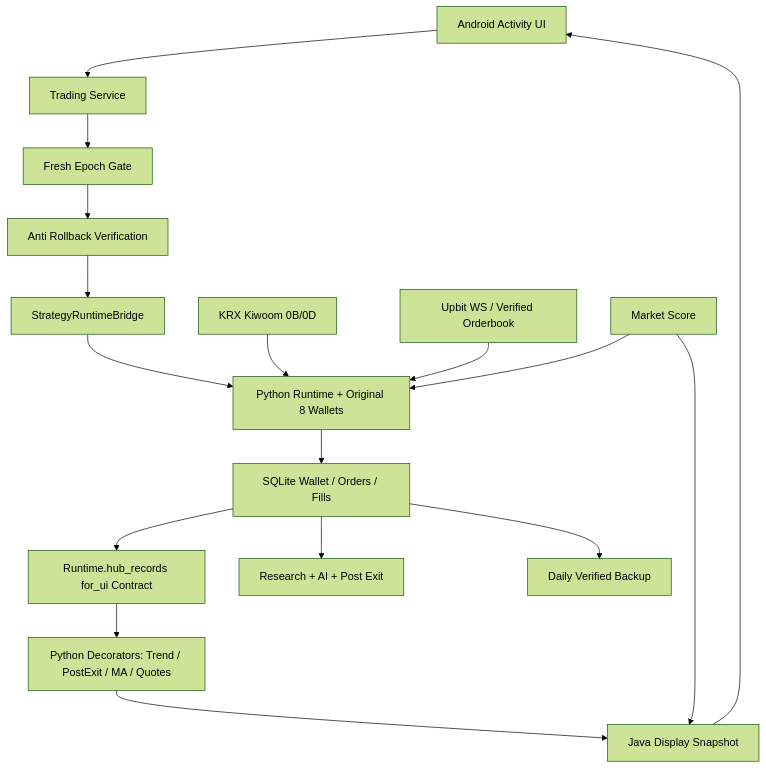
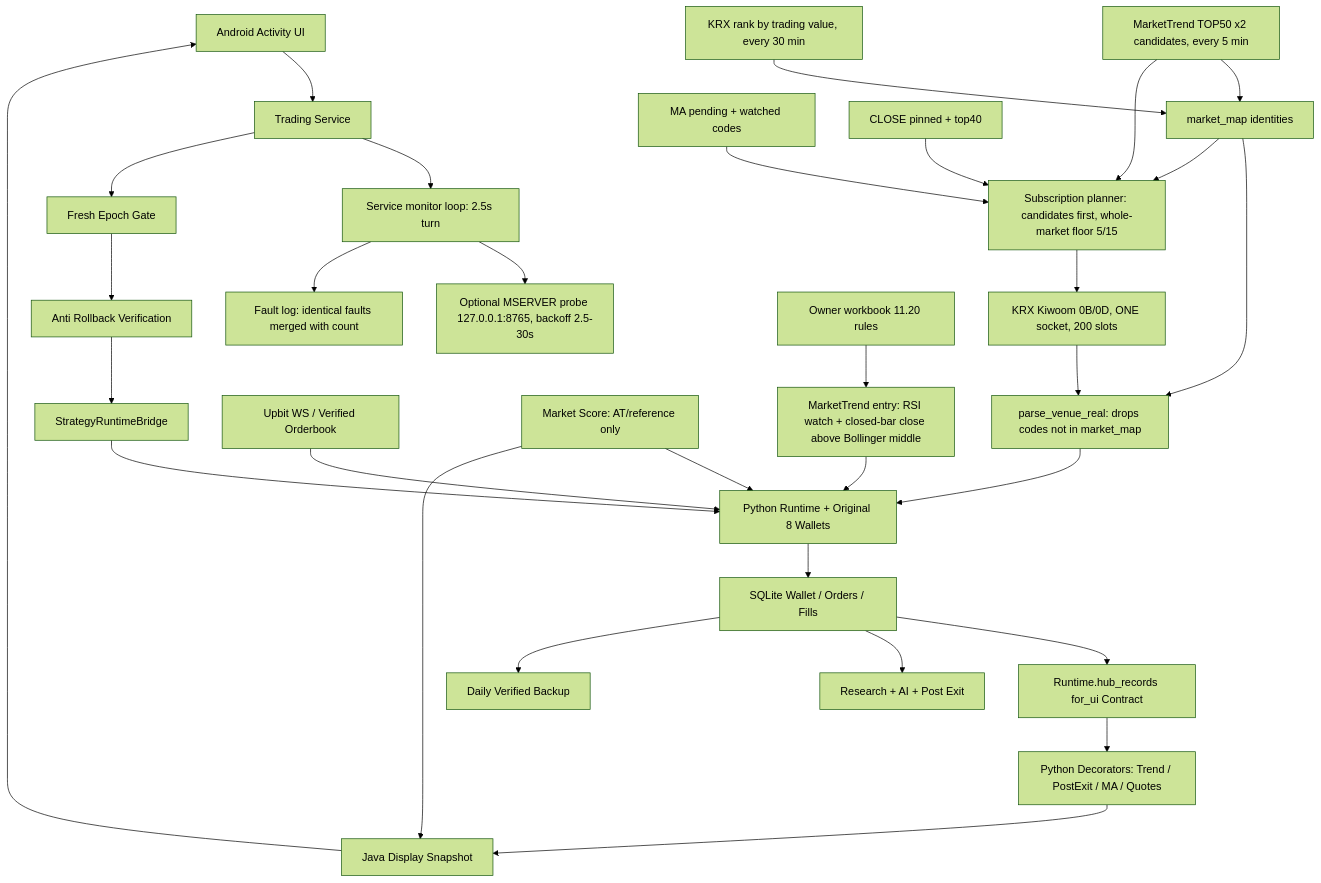
Before and after one commit to OHM1121/RESALE_ALPHA: the diagram in docs/artitrade/DEPENDENCY_MAP.md, drawn with Mermaid (forest theme). The commit also changed other lines of this file and 16 other files, not shown here.

````diff
--- a/docs/artitrade/DEPENDENCY_MAP.md
+++ b/docs/artitrade/DEPENDENCY_MAP.md
@@ -7,19 +7,33 @@
 ```mermaid
 flowchart TD
  A[Android Activity UI] --> B[Trading Service]
+ B --> MON[Service monitor loop: 2.5s turn]
+ MON --> HUBP[Optional MSERVER probe 127.0.0.1:8765, backoff 2.5-30s]
+ MON --> FL[Fault log: identical faults merged with count]
  B --> C[Fresh Epoch Gate]
  C --> D[Anti Rollback Verification]
  D --> E[StrategyRuntimeBridge]
  E --> F[Python Runtime + Original 8 Wallets]
- K[KRX Kiwoom 0B/0D] --> F
+ K[KRX Kiwoom 0B/0D, ONE socket, 200 slots] --> PARSE[parse_venue_real: drops codes not in market_map]
+ PARSE --> F
+ PLAN[Subscription planner: candidates first, whole-market floor 5/15] --> K
+ RANK[KRX rank by trading value, every 30 min] --> MAP[market_map identities]
+ TREND_RANK[MarketTrend TOP50 x2 candidates, every 5 min] --> MAP
+ TREND_RANK --> PLAN
+ MA_CAND[MA pending + watched codes] --> PLAN
+ CW_CAND[CLOSE pinned + top40] --> PLAN
+ MAP --> PARSE
+ MAP --> PLAN
  U[Upbit WS / Verified Orderbook] --> F
  F --> G[SQLite Wallet / Orders / Fills]
  G --> H[Runtime.hub_records for_ui Contract]
  H --> I[Python Decorators: Trend / PostExit / MA / Quotes]
  I --> J[Java Display Snapshot]
  J --> A
  G --> L[Research + AI + Post Exit]
  G --> M[Daily Verified Backup]
- S[Market Score] --> F
+ S[Market Score: AT/reference only] --> F
  S --> J
+ WB[Owner workbook 11.20 rules] --> TR[MarketTrend entry: RSI watch + closed-bar close above Bollinger middle]
+ TR --> F
 ```
````
